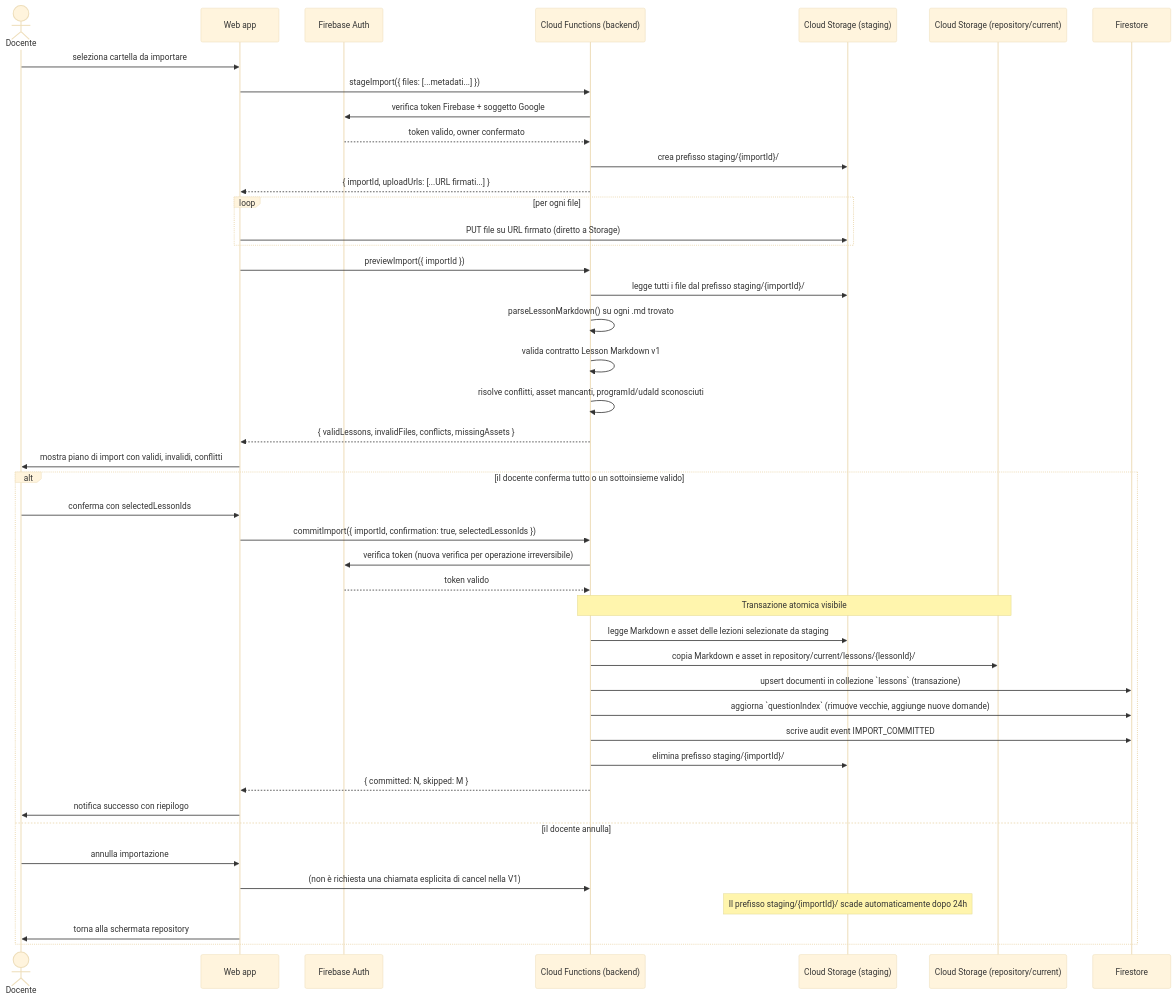
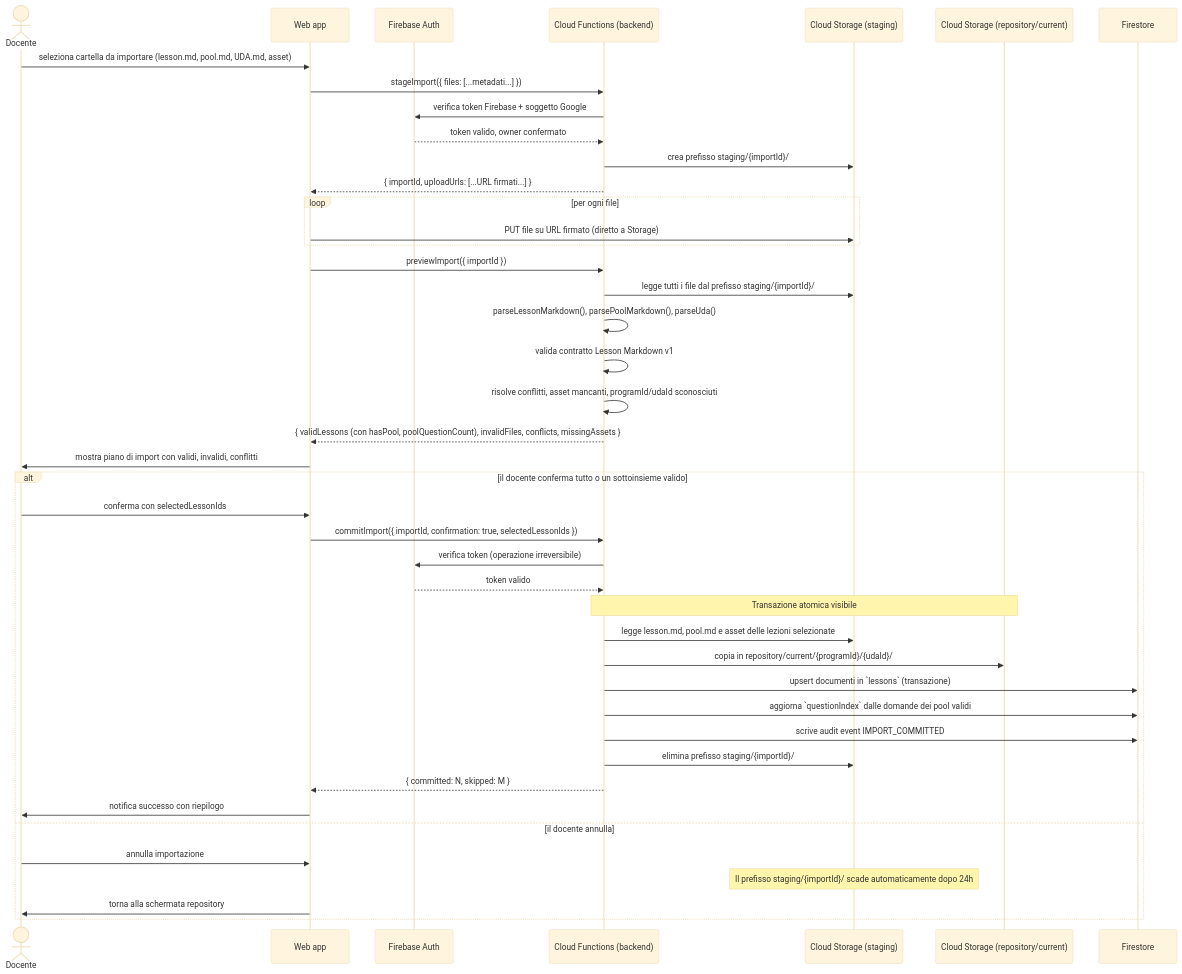
One commit to EnricoPaparo/SchoolForge changed the first of 3 diagrams in documentazione/diagrammi/sequence-import-lezione.md. Above: the diagram before and after it, drawn with Mermaid (base theme). The commit also changed other lines of this file and 7 other files, not shown here.

First line of the commit message:
docs: allinea i 5 diagrammi alla v2.0 e completa il README

````diff
--- a/documentazione/diagrammi/sequence-import-lezione.md
+++ b/documentazione/diagrammi/sequence-import-lezione.md
@@ -11,54 +13,53 @@
 ```mermaid
 sequenceDiagram
     actor D as Docente
     participant W as Web app
     participant F as Firebase Auth
     participant CF as Cloud Functions (backend)
     participant ST as Cloud Storage (staging)
     participant SR as Cloud Storage (repository/current)
     participant FS as Firestore
 
-    D->>W: seleziona cartella da importare
+    D->>W: seleziona cartella da importare (lesson.md, pool.md, UDA.md, asset)
     W->>CF: stageImport({ files: [...metadati...] })
     CF->>F: verifica token Firebase + soggetto Google
     F-->>CF: token valido, owner confermato
     CF->>ST: crea prefisso staging/{importId}/
     CF-->>W: { importId, uploadUrls: [...URL firmati...] }
 
     loop per ogni file
         W->>ST: PUT file su URL firmato (diretto a Storage)
     end
 
     W->>CF: previewImport({ importId })
     CF->>ST: legge tutti i file dal prefisso staging/{importId}/
-    CF->>CF: parseLessonMarkdown() su ogni .md trovato
+    CF->>CF: parseLessonMarkdown(), parsePoolMarkdown(), parseUda()
     CF->>CF: valida contratto Lesson Markdown v1
     CF->>CF: risolve conflitti, asset mancanti, programId/udaId sconosciuti
-    CF-->>W: { validLessons, invalidFiles, conflicts, missingAssets }
+    CF-->>W: { validLessons (con hasPool, poolQuestionCount), invalidFiles, conflicts, missingAssets }
 
     W->>D: mostra piano di import con validi, invalidi, conflitti
 
     alt il docente conferma tutto o un sottoinsieme valido
         D->>W: conferma con selectedLessonIds
         W->>CF: commitImport({ importId, confirmation: true, selectedLessonIds })
-        CF->>F: verifica token (nuova verifica per operazione irreversibile)
+        CF->>F: verifica token (operazione irreversibile)
         F-->>CF: token valido
 
         note over CF,SR: Transazione atomica visibile
-        CF->>ST: legge Markdown e asset delle lezioni selezionate da staging
-        CF->>SR: copia Markdown e asset in repository/current/lessons/{lessonId}/
-        CF->>FS: upsert documenti in collezione `lessons` (transazione)
-        CF->>FS: aggiorna `questionIndex` (rimuove vecchie, aggiunge nuove domande)
+        CF->>ST: legge lesson.md, pool.md e asset delle lezioni selezionate
+        CF->>SR: copia in repository/current/{programId}/{udaId}/
+        CF->>FS: upsert documenti in `lessons` (transazione)
+        CF->>FS: aggiorna `questionIndex` dalle domande dei pool validi
         CF->>FS: scrive audit event IMPORT_COMMITTED
         CF->>ST: elimina prefisso staging/{importId}/
 
         CF-->>W: { committed: N, skipped: M }
         W->>D: notifica successo con riepilogo
 
     else il docente annulla
         D->>W: annulla importazione
-        W->>CF: (non è richiesta una chiamata esplicita di cancel nella V1)
         note over ST: Il prefisso staging/{importId}/ scade automaticamente dopo 24h
         W->>D: torna alla schermata repository
     end
 ```
````
